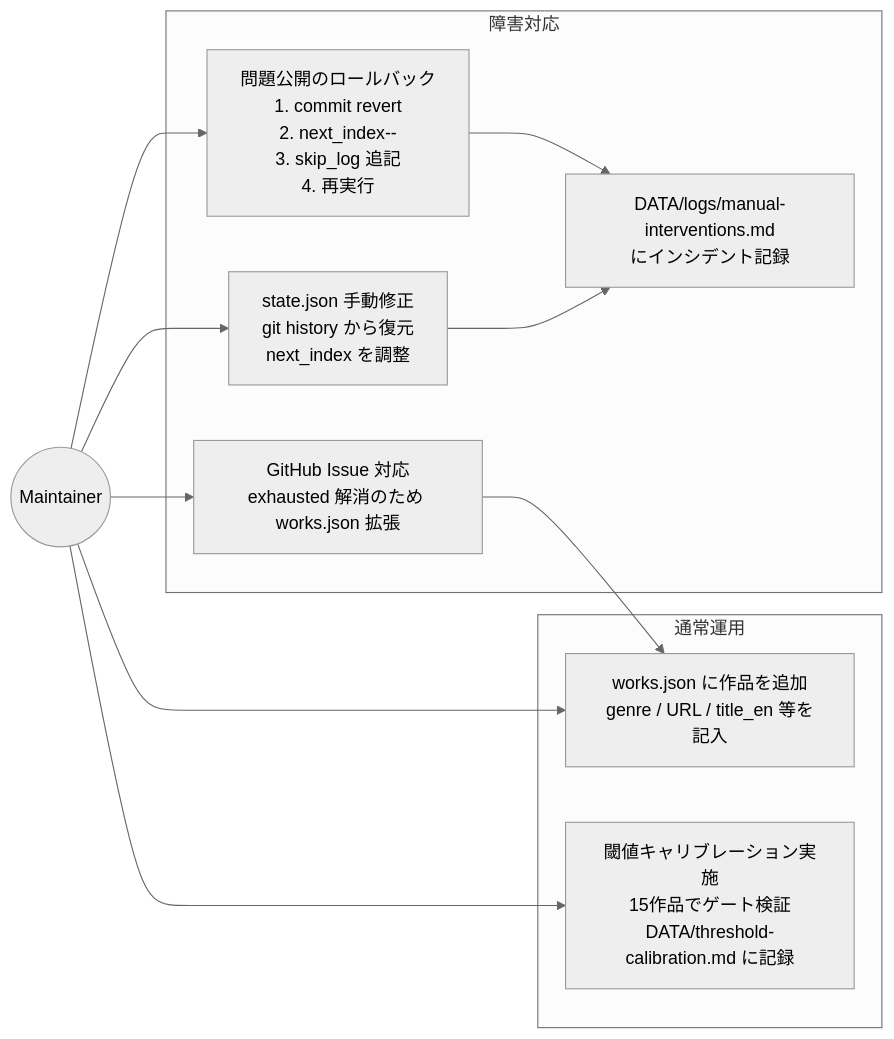
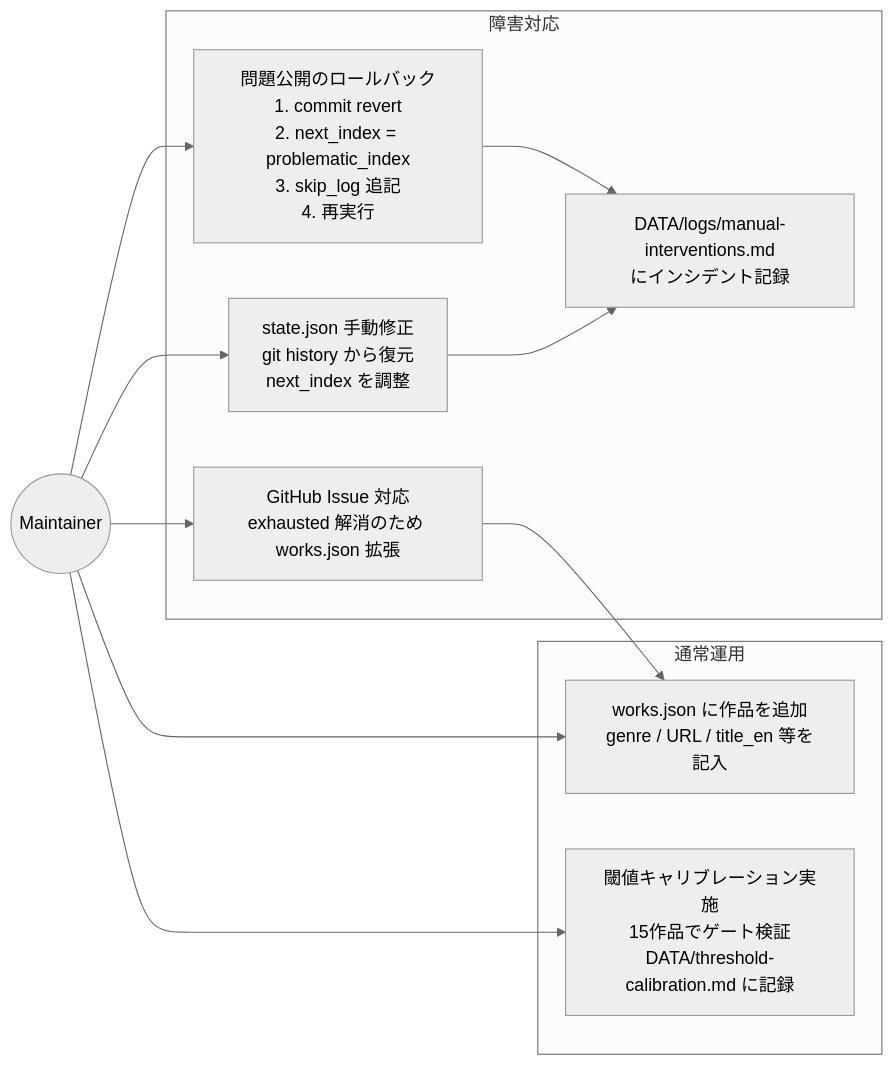
The fifth of 6 diagrams in USECASE.md (garyohosu/AozoraDailyTranslations), drawn with Mermaid (neutral theme) before and after one commit. The commit also changed other lines of this file and 4 other files, not shown here.

````diff
--- a/USECASE.md
+++ b/USECASE.md
@@ -274,25 +273,25 @@
 ```mermaid
 flowchart LR
     M((Maintainer))
 
     subgraph 通常運用
         A1[works.json に作品を追加\ngenre / URL / title_en 等を記入]
         A2[閾値キャリブレーション実施\n15作品でゲート検証\nDATA/threshold-calibration.md に記録]
     end
 
     subgraph 障害対応
         B1[GitHub Issue 対応\nexhausted 解消のため works.json 拡張]
-        B2[問題公開のロールバック\n1. commit revert\n2. next_index--\n3. skip_log 追記\n4. 再実行]
+        B2[問題公開のロールバック\n1. commit revert\n2. next_index = problematic_index\n3. skip_log 追記\n4. 再実行]
         B3[state.json 手動修正\ngit history から復元\nnext_index を調整]
         B4[DATA/logs/manual-interventions.md\nにインシデント記録]
     end
 
     M --> A1
     M --> A2
     M --> B1
     M --> B2
     M --> B3
     B2 --> B4
     B3 --> B4
     B1 --> A1
 ```
````
